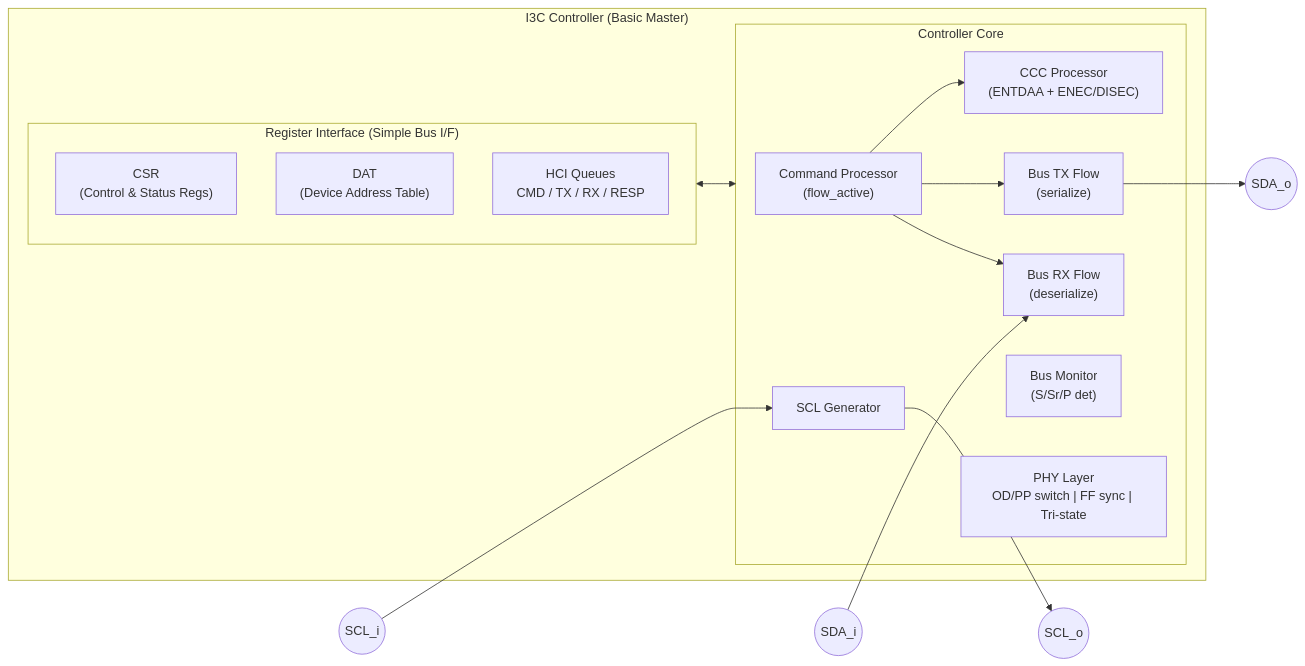
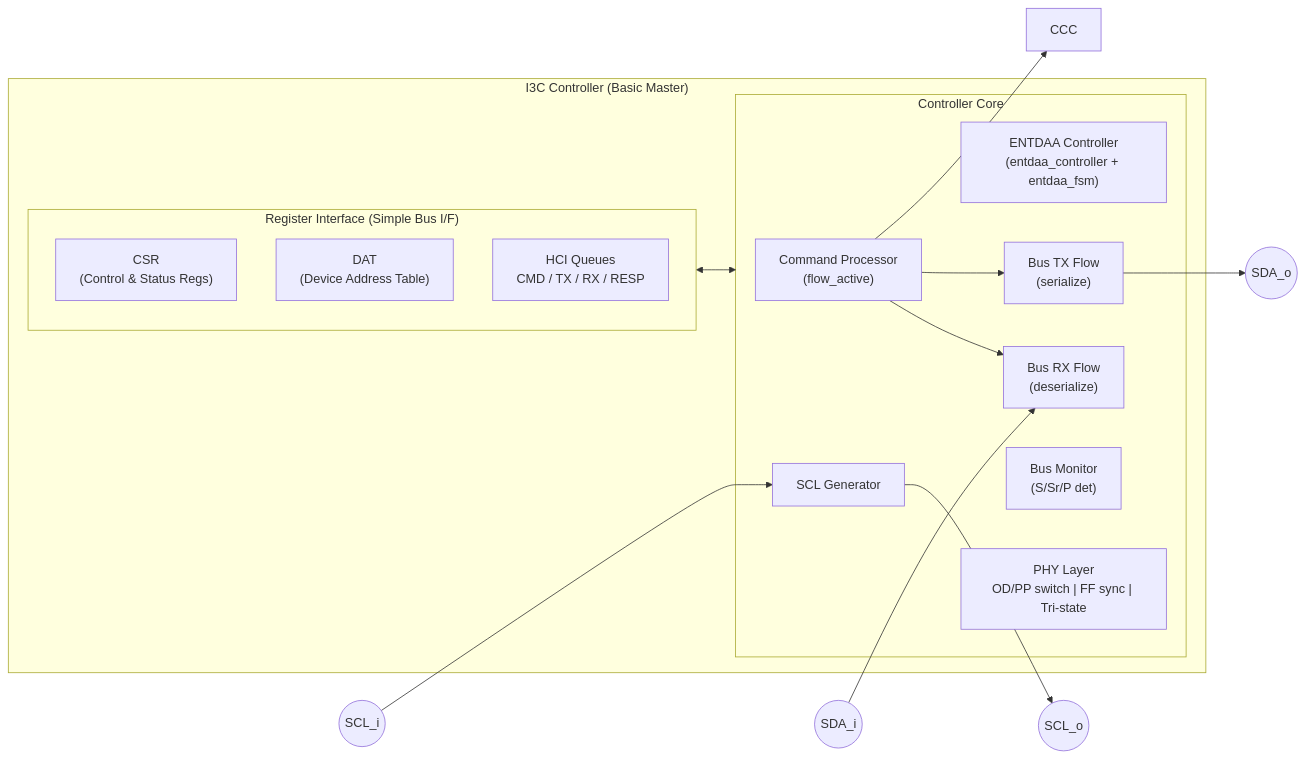
Before and after one commit to minhuy206/i3c: the sixth of 12 diagrams in docs/phase1_spec_v2.md, drawn with Mermaid. The commit also changed other lines of this file and 11 other files, not shown here.

First line of the commit message:
refactor: rename ccc modules to entdaa_controller and entdaa_fsm

````diff
--- a/docs/phase1_spec_v2.md
+++ b/docs/phase1_spec_v2.md
@@ -499,29 +499,29 @@
 ```mermaid
 graph LR
     subgraph I3C_Controller["I3C Controller (Basic Master)"]
         subgraph REG["Register Interface (Simple Bus I/F)"]
             CSR["CSR<br/>(Control & Status Regs)"]
             DAT["DAT<br/>(Device Address Table)"]
             HCI["HCI Queues<br/>CMD / TX / RX / RESP"]
         end
 
         subgraph CORE["Controller Core"]
             CMD["Command Processor<br/>(flow_active)"]
-            CCC["CCC Processor<br/>(ENTDAA + ENEC/DISEC)"]
+            DAA["ENTDAA Controller<br/>(entdaa_controller + entdaa_fsm)"]
             TX["Bus TX Flow<br/>(serialize)"]
             RX["Bus RX Flow<br/>(deserialize)"]
             MON["Bus Monitor<br/>(S/Sr/P det)"]
             SCL["SCL Generator"]
             PHY["PHY Layer<br/>OD/PP switch | FF sync | Tri-state"]
         end
     end
 
     REG <--> CORE
     CMD --> CCC
     CMD --> TX
     CMD --> RX
     TX --> SDA_o((SDA_o))
     SDA_i((SDA_i)) --> RX
     SCL --> SCL_o((SCL_o))
     SCL_i((SCL_i)) --> SCL
 ```
````
